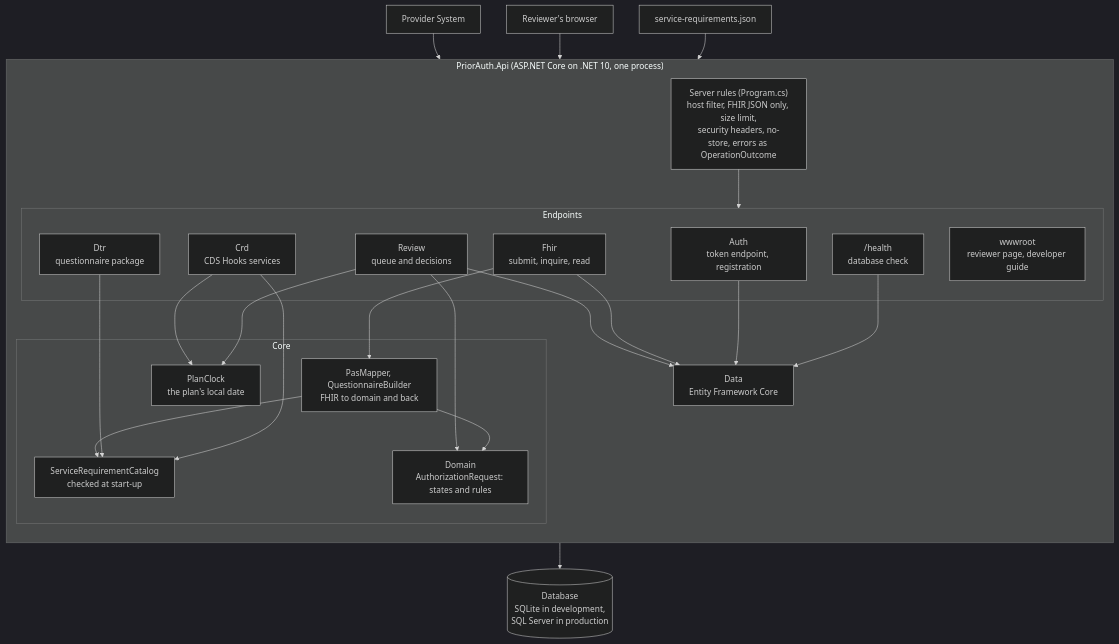
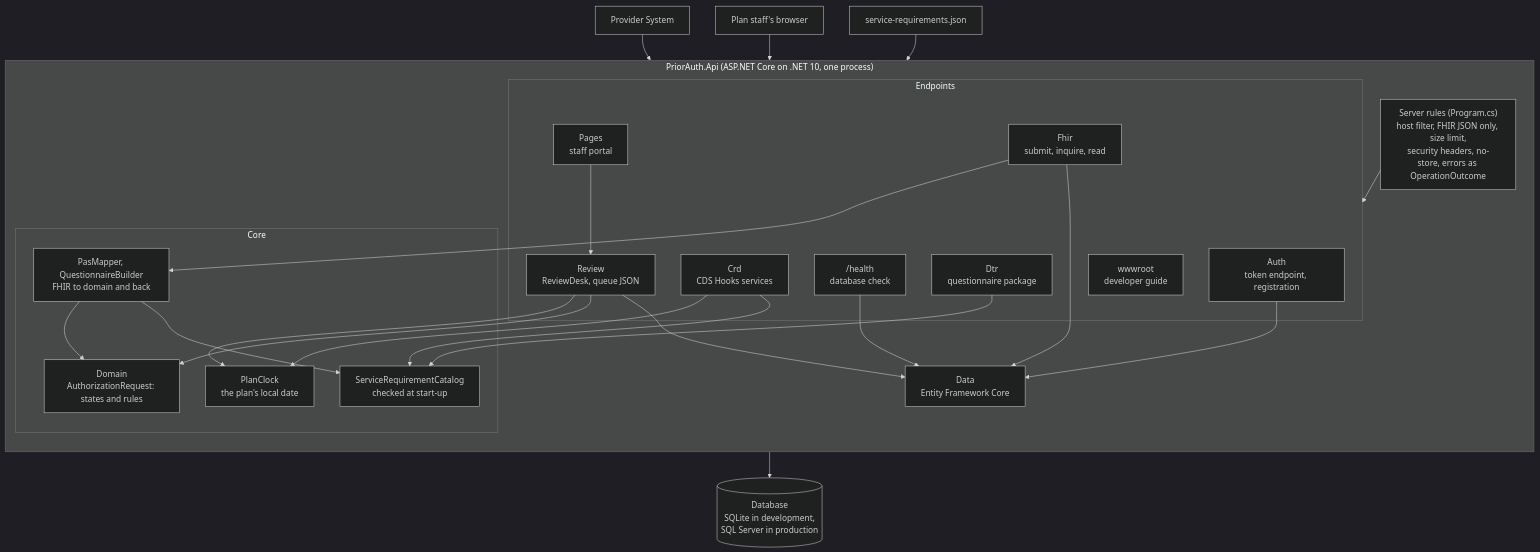
Before and after one commit to tngo0508/prior-auth-api: the second of 8 diagrams in docs/architecture.md, drawn with Mermaid (dark theme). The commit also changed other lines of this file and 56 other files, not shown here.

First line of the commit message:
Add staff sign-in and the reviewer portal

````diff
--- a/docs/architecture.md
+++ b/docs/architecture.md
@@ -59,47 +61,49 @@
 ```mermaid
 flowchart TB
     EHR["Provider System"]
-    BROWSER["Reviewer's browser"]
+    BROWSER["Plan staff's browser"]
 
     subgraph APP["PriorAuth.Api  (ASP.NET Core on .NET 10, one process)"]
         direction TB
         BOUNDARY["Server rules (Program.cs)<br/>host filter, FHIR JSON only, size limit,<br/>security headers, no-store, errors as OperationOutcome"]
         subgraph EDGE["Endpoints"]
             AUTHN["Auth<br/>token endpoint, registration"]
             CRD["Crd<br/>CDS Hooks services"]
             DTR["Dtr<br/>questionnaire package"]
             PAS["Fhir<br/>submit, inquire, read"]
-            REVIEW["Review<br/>queue and decisions"]
-            STATIC["wwwroot<br/>reviewer page, developer guide"]
+            PAGES["Pages<br/>staff portal"]
+            REVIEW["Review<br/>ReviewDesk, queue JSON"]
+            STATIC["wwwroot<br/>developer guide"]
             HEALTH["/health<br/>database check"]
         end
         subgraph CORE["Core"]
             MAP["PasMapper, QuestionnaireBuilder<br/>FHIR to domain and back"]
             DOMAIN["Domain<br/>AuthorizationRequest: states and rules"]
             CATALOG["ServiceRequirementCatalog<br/>checked at start-up"]
             CLOCK["PlanClock<br/>the plan's local date"]
         end
         DATA["Data<br/>Entity Framework Core"]
     end
 
     CFG["service-requirements.json"]
     DB[("Database<br/>SQLite in development,<br/>SQL Server in production")]
 
     EHR --> BOUNDARY
     BROWSER --> BOUNDARY
     BOUNDARY --> EDGE
+    PAGES --> REVIEW
     REVIEW --> CLOCK
     CRD --> CLOCK
     HEALTH --> DATA
     CRD --> CATALOG
     DTR --> CATALOG
     PAS --> MAP
     MAP --> DOMAIN
     MAP --> CATALOG
     REVIEW --> DOMAIN
     AUTHN --> DATA
     PAS --> DATA
     REVIEW --> DATA
     CFG --> CATALOG
     DATA --> DB
 ```
````
